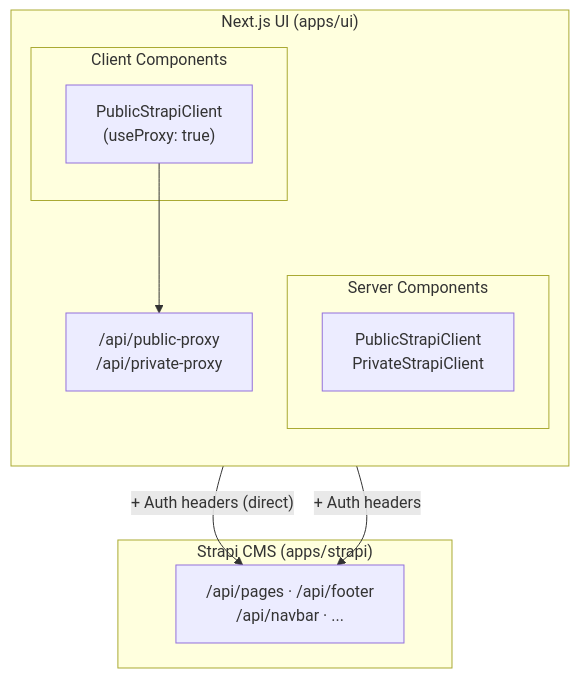
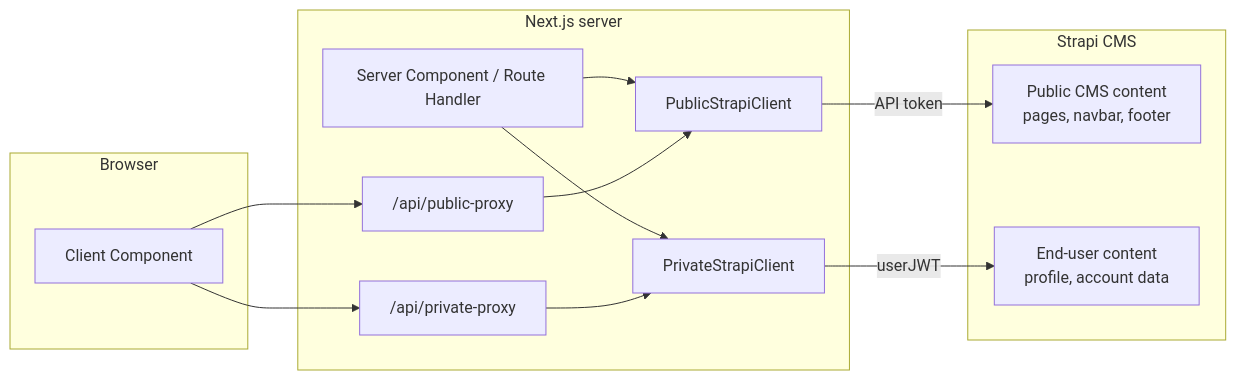
Before and after one commit to notum-cz/strapi-next-monorepo-starter: the diagram in apps/docs/docs/ui/strapi-api-client.md, drawn with Mermaid. The commit also changed other lines of this file and 69 other files, not shown here.

````diff
--- a/apps/docs/docs/ui/strapi-api-client.md
+++ b/apps/docs/docs/ui/strapi-api-client.md
@@ -7,21 +15,28 @@
 ```mermaid
-flowchart TB
-  subgraph Next["Next.js UI (apps/ui)"]
-    direction TB
-    subgraph Server["Server Components"]
-      ServerClients["PublicStrapiClient<br/>PrivateStrapiClient"]
-    end
-    subgraph Client["Client Components"]
-      ClientClient["PublicStrapiClient<br/>(useProxy: true)"]
-    end
-    Proxy["/api/public-proxy<br/>/api/private-proxy"]
-    ClientClient --> Proxy
+flowchart LR
+  subgraph Browser["Browser"]
+    ClientComponent["Client Component"]
   end
 
-  subgraph Strapi["Strapi CMS (apps/strapi)"]
-    Endpoints["/api/pages · /api/footer<br/>/api/navbar · ..."]
+  subgraph Next["Next.js server"]
+    ServerComponent["Server Component / Route Handler"]
+    PublicClient["PublicStrapiClient"]
+    PrivateClient["PrivateStrapiClient"]
+    PublicProxy["/api/public-proxy"]
+    PrivateProxy["/api/private-proxy"]
   end
 
-  ServerClients -- "+ Auth headers (direct)" --> Endpoints
-  Proxy -- "+ Auth headers" --> Endpoints
+  subgraph Strapi["Strapi CMS"]
+    PublicContent["Public CMS content<br/>pages, navbar, footer"]
+    UserContent["End-user content<br/>profile, account data"]
+  end
+
+  ServerComponent --> PublicClient
+  ServerComponent --> PrivateClient
+  ClientComponent --> PublicProxy
+  ClientComponent --> PrivateProxy
+  PublicProxy --> PublicClient
+  PrivateProxy --> PrivateClient
+  PublicClient -- "API token" --> PublicContent
+  PrivateClient -- "userJWT" --> UserContent
 ```
````
